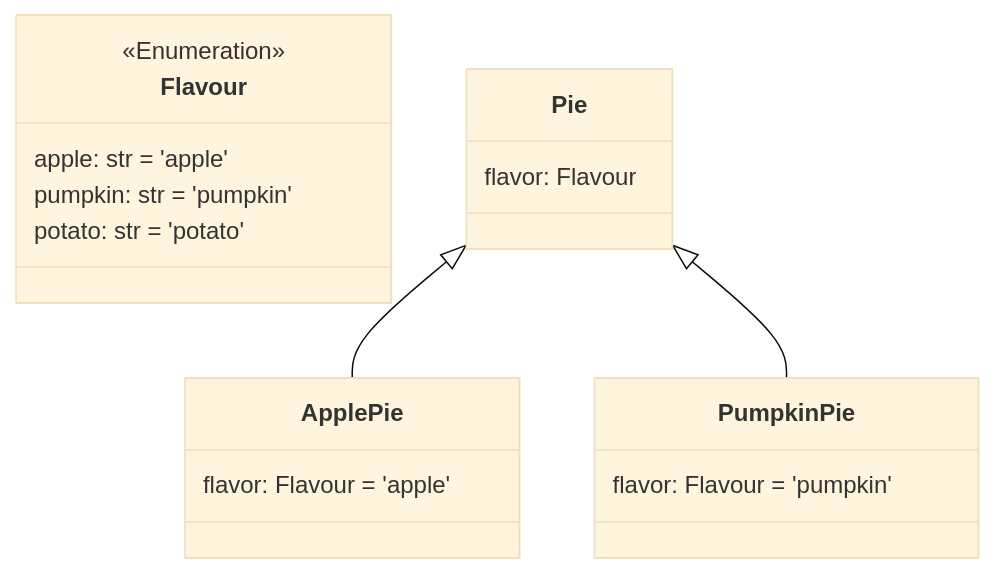
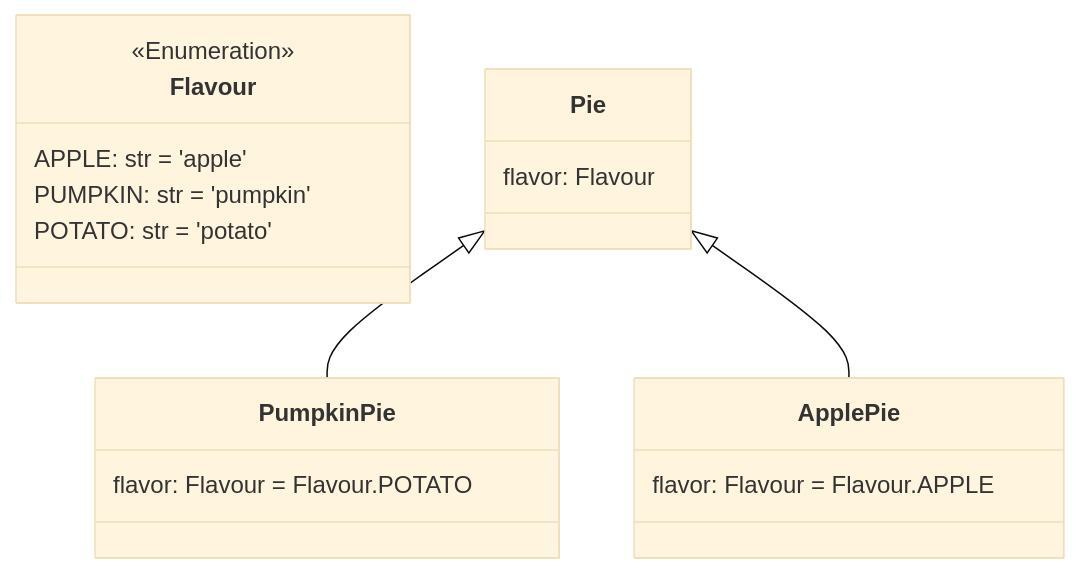
Before and after one commit to EricWebsmith/pydantic_mermaid: the diagram in tests/mock/enum_example.md, drawn with Mermaid (base theme). The commit also changed 3 other files, not shown here.

````diff
--- a/tests/mock/enum_example.md
+++ b/tests/mock/enum_example.md
@@ -1,25 +1,27 @@
 ```mermaid
 classDiagram
+
     class Flavour {
         <<Enumeration>>
-        apple: str = 'apple'
-        pumpkin: str = 'pumpkin'
-        potato: str = 'potato'
+        APPLE: str = 'apple'
+        PUMPKIN: str = 'pumpkin'
+        POTATO: str = 'potato'
     }
 
     class Pie {
         flavor: Flavour
     }
 
     class ApplePie {
-        flavor: Flavour = 'apple'
+        flavor: Flavour = Flavour.APPLE
     }
 
     class PumpkinPie {
-        flavor: Flavour = 'pumpkin'
+        flavor: Flavour = Flavour.POTATO
     }
 
 
+    Pie <|-- PumpkinPie
     Pie <|-- ApplePie
-    Pie <|-- PumpkinPie
+
 ```
````
